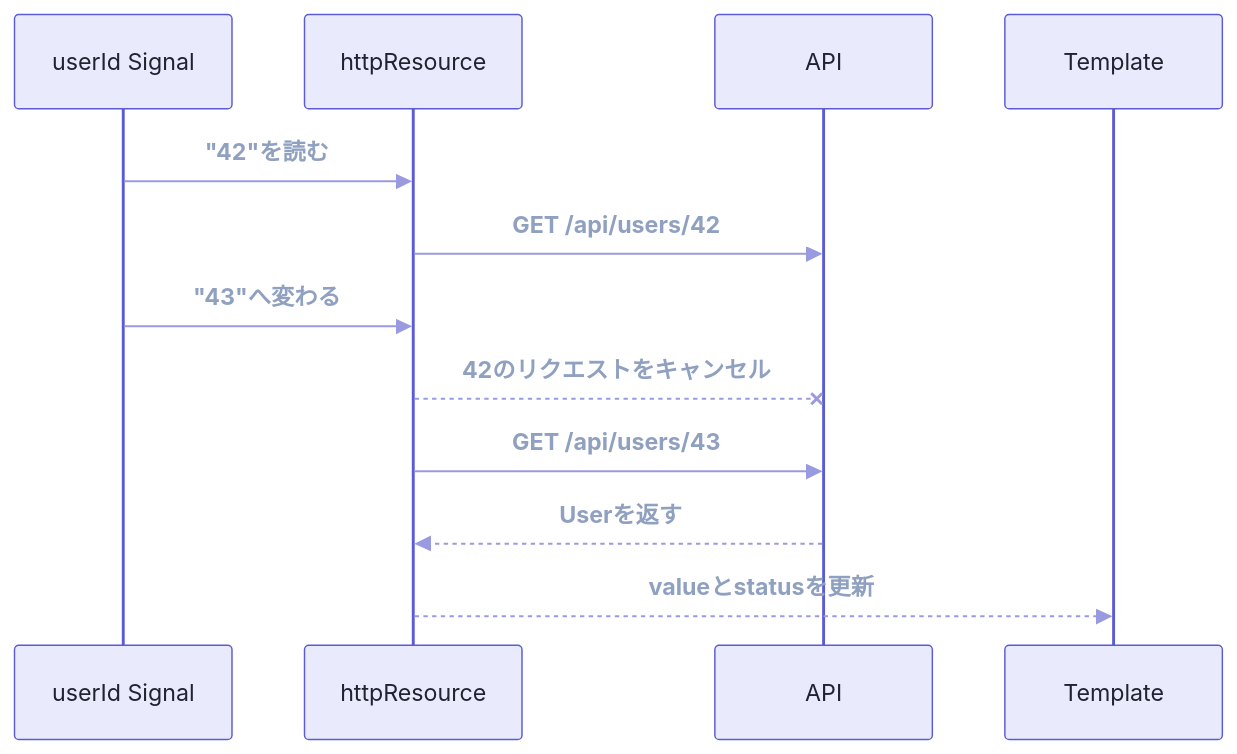
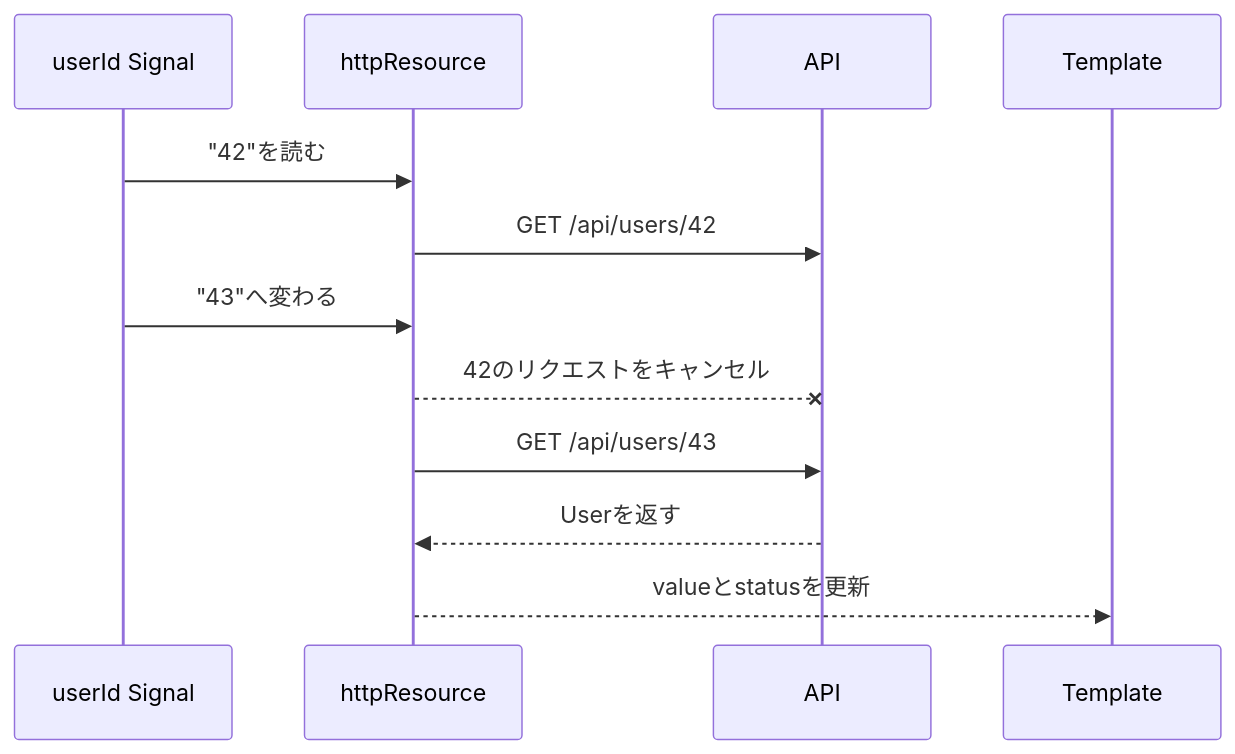
The second of 2 diagrams in articles/ec3958b23cdab3.md (nagahara-naoki/zenn), drawn with Mermaid before and after one commit. The commit also changed other lines of this file, not shown here.

Commit message:
Angularでsubscribe()はいつ必要？

````diff
--- a/articles/ec3958b23cdab3.md
+++ b/articles/ec3958b23cdab3.md
@@ -210,16 +209,15 @@
 ```mermaid
-%%{init: {'theme': 'base', 'sequence': {'messageFontWeight': 'bold', 'messageFontSize': 15}, 'themeVariables': {'actorBkg': '#eaeafd', 'actorBorder': '#5b5bd6', 'actorTextColor': '#1f2430', 'signalColor': '#9a9ae0', 'signalTextColor': '#8fa0c0', 'labelBoxBkgColor': '#eaeafd', 'labelTextColor': '#1f2430', 'noteBkgColor': '#eaeafd', 'noteTextColor': '#1f2430', 'noteBorderColor': '#5b5bd6'}}}%%
 sequenceDiagram
   participant I as userId Signal
   participant R as httpResource
   participant A as API
   participant T as Template
 
   I->>R: "42"を読む
   R->>A: GET /api/users/42
   I->>R: "43"へ変わる
   R--xA: 42のリクエストをキャンセル
   R->>A: GET /api/users/43
   A-->>R: Userを返す
   R-->>T: valueとstatusを更新
 ```
````
